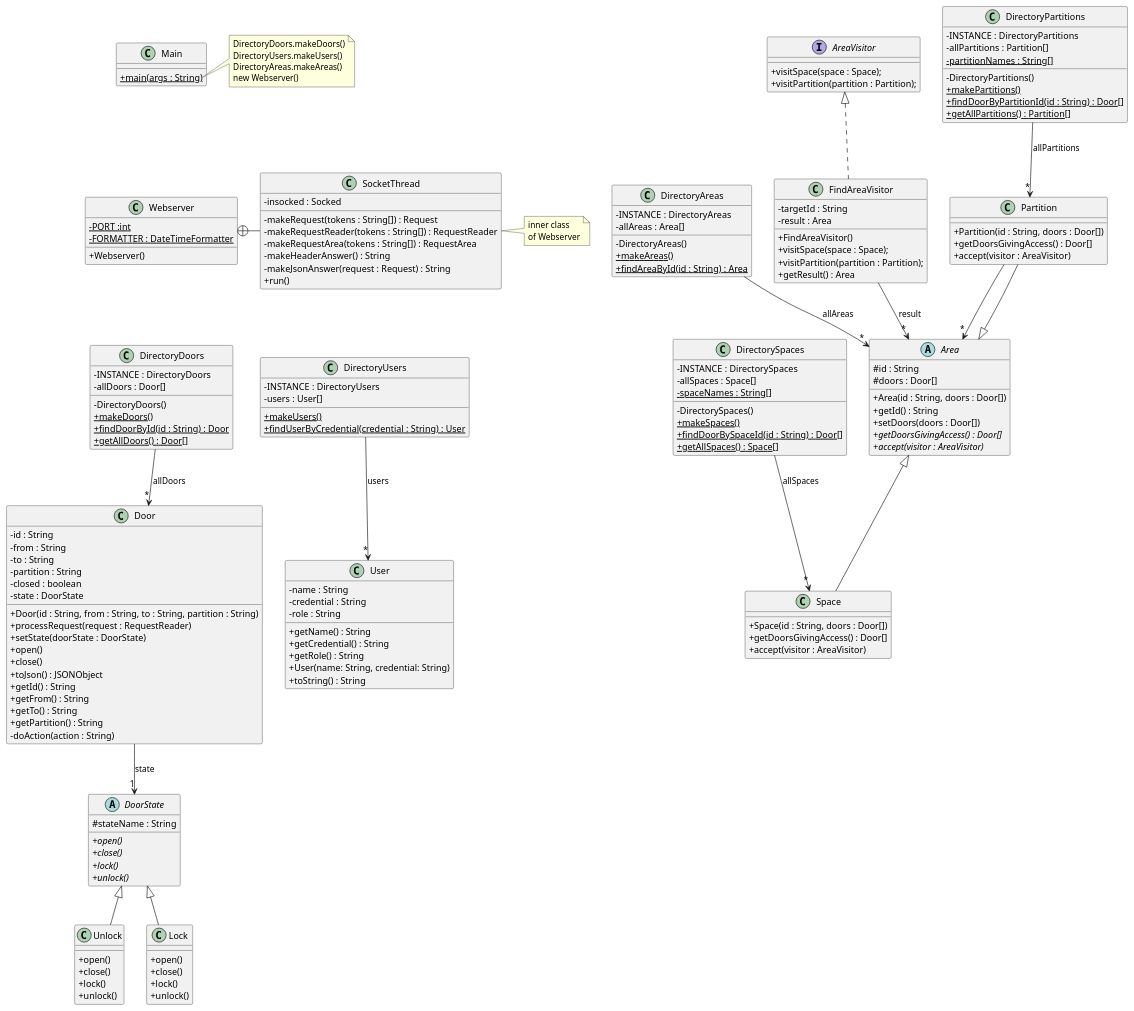
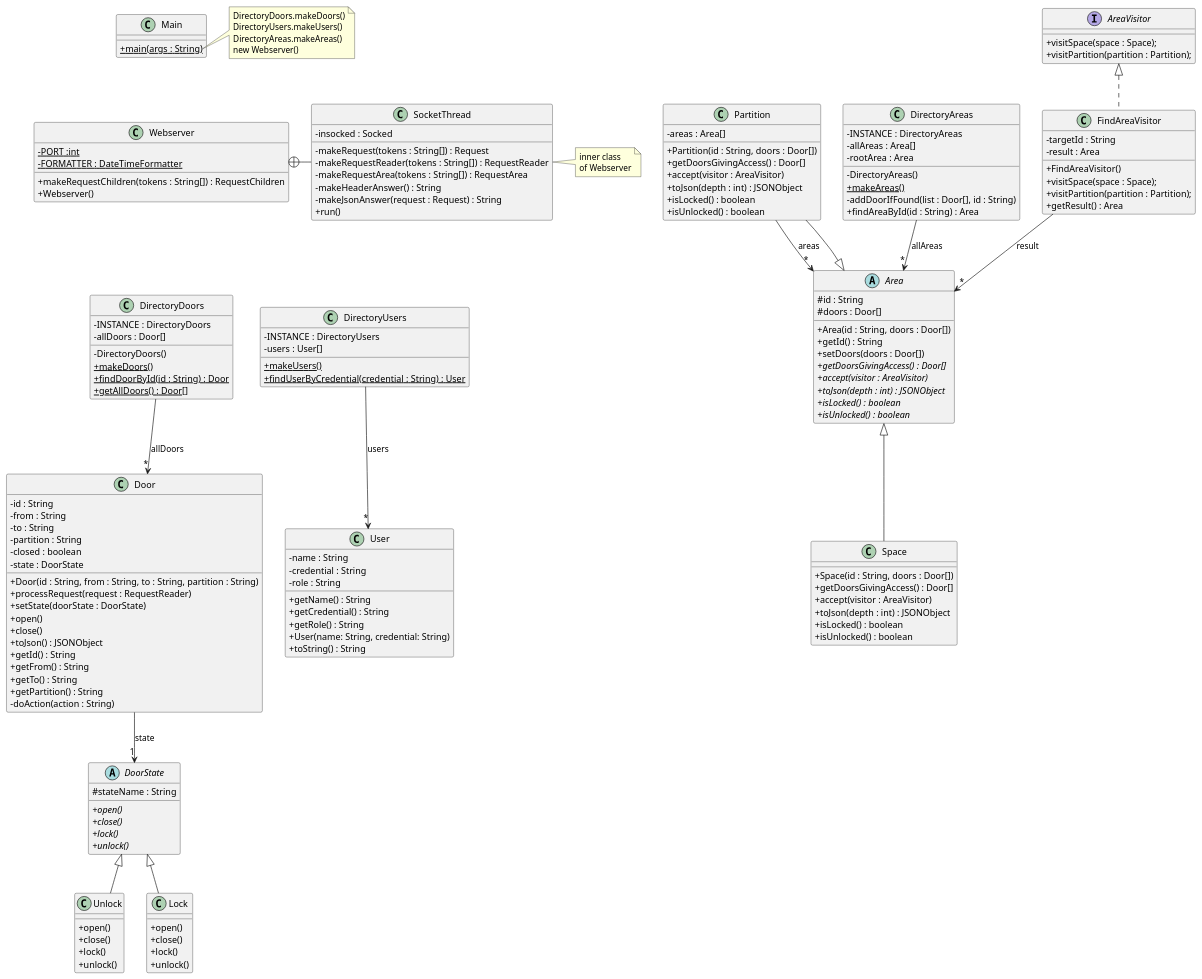
One commit to davidal15/Projecte-DS changed the diagram in src/baseNoStates/uml/base_no_states.puml. Above: the diagram before and after it, drawn with PlantUML. The commit also changed 8 other files, not shown here.

```diff
--- a/src/baseNoStates/uml/base_no_states.puml
+++ b/src/baseNoStates/uml/base_no_states.puml
@@ -1,198 +1,185 @@
 @startuml
 'https://plantuml.com/class-diagram
 skinparam classAttributeIconSize 0
 
 class Webserver {
 - {static} PORT :int
 - {static} FORMATTER : DateTimeFormatter
++ makeRequestChildren(tokens : String[]) : RequestChildren
 + Webserver()
 }
 
 class SocketThread {
 - insocked : Socked
 - makeRequest(tokens : String[]) : Request
 - makeRequestReader(tokens : String[]) : RequestReader
 - makeRequestArea(tokens : String[]) : RequestArea
 - makeHeaderAnswer() : String
 - makeJsonAnswer(request : Request) : String
 + run()
 }
 
 Webserver +-right- SocketThread
 
 note right of SocketThread
 inner class
 of Webserver
 end note
 
 class DirectoryDoors {
 - INSTANCE : DirectoryDoors
 - allDoors : Door[]
 - DirectoryDoors()
 + {static} makeDoors()
 + {static} findDoorById(id : String) : Door
 + {static} getAllDoors() : Door[]
 }
 
 DirectoryDoors --> "*" Door : "allDoors"
-Partition --> "*" Area
+Partition --> "*" Area : "areas"
 
 class DirectoryUsers {
 - INSTANCE : DirectoryUsers
 - users : User[]
 + {static} makeUsers()
 + {static} findUserByCredential(credential : String) : User
 }
 
 DirectoryUsers --> "*" User : "users"
 
-class DirectorySpaces {
-- INSTANCE : DirectorySpaces
-- allSpaces : Space[]
--{static} spaceNames : String[]
-- DirectorySpaces()
-+{static} makeSpaces()
-+{static} findDoorBySpaceId(id : String) : Door[]
-+{static} getAllSpaces() : Space[]
-}
-
-DirectorySpaces --> "*" Space : "allSpaces"
-
-class DirectoryPartitions {
-- INSTANCE : DirectoryPartitions
-- allPartitions : Partition[]
--{static} partitionNames : String[]
-- DirectoryPartitions()
-+{static} makePartitions()
-+{static} findDoorByPartitionId(id : String) : Door[]
-+{static} getAllPartitions() : Partition[]
-}
-
-DirectoryPartitions --> "*" Partition : "allPartitions"
-
 class DirectoryAreas {
 - INSTANCE : DirectoryAreas
 - allAreas : Area[]
 - DirectoryAreas()
+- rootArea : Area
 + {static} makeAreas()
-+ {static} findAreaById(id : String) : Area
-
-
+- addDoorIfFound(list : Door[], id : String)
++ findAreaById(id : String) : Area
 }
 
 DirectoryAreas --> "*" Area : "allAreas"
 
 
 class Door {
 - id : String
 - from : String
 - to : String
 - partition : String
 - closed : boolean
 - state : DoorState
 + Door(id : String, from : String, to : String, partition : String)
 + processRequest(request : RequestReader)
 + setState(doorState : DoorState)
 + open()
 + close()
 + toJson() : JSONObject
 + getId() : String
 + getFrom() : String
 + getTo() : String
 + getPartition() : String
 '+ toString() : String
 '+ isClosed() :boolean
 '+ setClosed(b : boolean)
 '+ getStateName() : String
 - doAction(action : String)
 }
 
 abstract class DoorState {
 # stateName : String
 + {abstract} open()
 + {abstract} close()
 + {abstract} lock()
 + {abstract} unlock()
 }
 
 Door --> "1" DoorState : state
 
 class Unlock extends DoorState {
 + open()
 + close()
 + lock()
 + unlock()
 }
 
 class Lock extends DoorState {
 + open()
 + close()
 + lock()
 + unlock()
 }
 
 class User {
 - name : String
 - credential : String
 - role : String
 + getName() : String
 + getCredential() : String
 + getRole() : String
 + User(name: String, credential: String)
 + toString() : String
 }
 
 class Space extends Area{
 + Space(id : String, doors : Door[])
 + getDoorsGivingAccess() : Door[]
 + accept(visitor : AreaVisitor)
++ toJson(depth : int) : JSONObject
++ isLocked() : boolean
++ isUnlocked() : boolean
 }
 
-class Partition extends Area{
+class Partition extends Area {
+- areas : Area[]
 + Partition(id : String, doors : Door[])
 + getDoorsGivingAccess() : Door[]
 + accept(visitor : AreaVisitor)
++ toJson(depth : int) : JSONObject
++ isLocked() : boolean
++ isUnlocked() : boolean
 }
 
 abstract class Area {
 # id : String
 # doors : Door[]
 + Area(id : String, doors : Door[])
 + getId() : String
 + setDoors(doors : Door[])
 + {abstract} getDoorsGivingAccess() : Door[]
 + {abstract} accept(visitor : AreaVisitor)
++ {abstract} toJson(depth : int) : JSONObject
++ {abstract} isLocked() : boolean
++ {abstract} isUnlocked() : boolean
 }
 
 interface AreaVisitor {
 + visitSpace(space : Space);
 + visitPartition(partition : Partition);
 }
 
 class FindAreaVisitor implements AreaVisitor {
 - targetId : String
 - result : Area
 + FindAreaVisitor()
 + visitSpace(space : Space);
 + visitPartition(partition : Partition);
 + getResult() : Area
 }
 
 FindAreaVisitor --> "*" Area : result
 
 
 class Main {
 + {static} main(args : String)
 }
 
 note right of Main::main
 DirectoryDoors.makeDoors()
 DirectoryUsers.makeUsers()
 DirectoryAreas.makeAreas()
 new Webserver()
 end note
 
 Main -[hidden]down- Webserver
 Webserver -[hidden]down- DirectoryDoors
 DirectoryDoors -[hidden]right- DirectoryUsers
 @enduml
```
